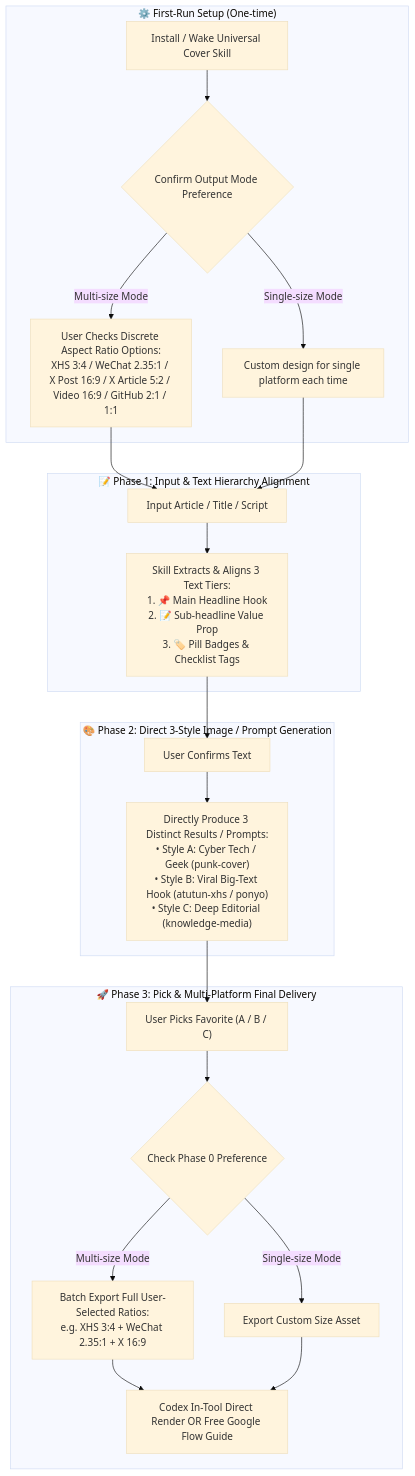
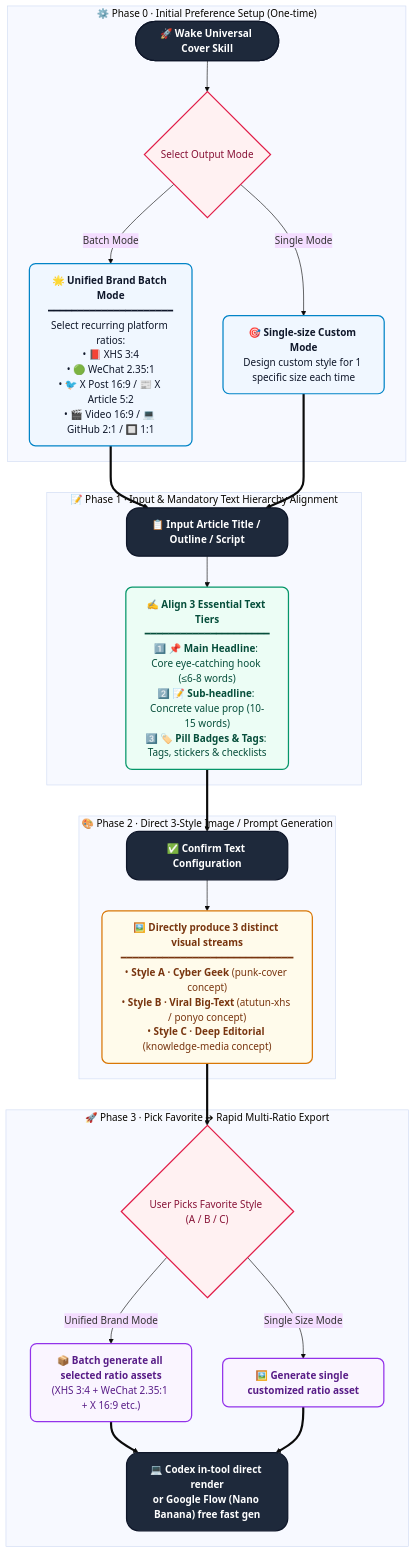
One commit to kaomei/cover-studio changed the first of 2 diagrams in README.en.md. Above: the diagram before and after it, drawn with Mermaid (base theme). The commit also changed other lines of this file and 7 other files, not shown here.

Commit message:
style(docs): elevate Mermaid flowchart UI with modern SaaS color palettes, card boxes and glowing borders

````diff
--- a/README.en.md
+++ b/README.en.md
@@ -41,29 +41,48 @@
 ```mermaid
 flowchart TD
-    subgraph S0["⚙️ First-Run Setup (One-time)"]
-        A0["Install / Wake Universal Cover Skill"] --> A1{"Confirm Output Mode Preference"}
-        A1 -->|"Multi-size Mode"| A2["User Checks Discrete Aspect Ratio Options:<br/>XHS 3:4 / WeChat 2.35:1 / X Post 16:9 / X Article 5:2 / Video 16:9 / GitHub 2:1 / 1:1"]
-        A1 -->|"Single-size Mode"| A3["Custom design for single platform each time"]
+    classDef setupBox fill:#f0f7ff,stroke:#0284c7,stroke-width:2px,color:#0f172a,rx:10px,ry:10px;
+    classDef textBox fill:#ecfdf5,stroke:#059669,stroke-width:2px,color:#064e3b,rx:10px,ry:10px;
+    classDef genBox fill:#fffbeb,stroke:#d97706,stroke-width:2px,color:#78350f,rx:10px,ry:10px;
+    classDef deliverBox fill:#faf5ff,stroke:#9333ea,stroke-width:2px,color:#581c87,rx:10px,ry:10px;
+    classDef decision fill:#fff1f2,stroke:#e11d48,stroke-width:2px,color:#881337,rx:6px,ry:6px;
+    classDef action fill:#1e293b,stroke:#0f172a,stroke-width:2px,color:#ffffff,font-weight:bold,rx:20px,ry:20px;
+
+    subgraph S0 ["⚙️ Phase 0 · Initial Preference Setup (One-time)"]
+        A0(["🚀 Wake Universal Cover Skill"]):::action
+        A1{"Select Output Mode"}:::decision
+        A2["🌟 <b>Unified Brand Batch Mode</b><br/>━━━━━━━━━━━━━━━━━━━━━<br/>Select recurring platform ratios:<br/>• 📕 XHS 3:4<br/>• 🟢 WeChat 2.35:1<br/>• 🐦 X Post 16:9 / 📰 X Article 5:2<br/>• 🎬 Video 16:9 / 💻 GitHub 2:1 / 🔲 1:1"]:::setupBox
+        A3["🎯 <b>Single-size Custom Mode</b><br/>Design custom style for 1 specific size each time"]:::setupBox
+        A0 --> A1
+        A1 -->|"Batch Mode"| A2
+        A1 -->|"Single Mode"| A3
     end
 
-    subgraph S1["📝 Phase 1: Input & Text Hierarchy Alignment"]
-        B0["Input Article / Title / Script"] --> B1["Skill Extracts & Aligns 3 Text Tiers:<br/>1. 📌 Main Headline Hook<br/>2. 📝 Sub-headline Value Prop<br/>3. 🏷️ Pill Badges & Checklist Tags"]
+    subgraph S1 ["📝 Phase 1 · Input & Mandatory Text Hierarchy Alignment"]
+        B0["📋 Input Article Title / Outline / Script"]:::action
+        B1["✍️ <b>Align 3 Essential Text Tiers</b><br/>━━━━━━━━━━━━━━━━━━━━━<br/>1️⃣ 📌 <b>Main Headline</b>: Core eye-catching hook (≤6-8 words)<br/>2️⃣ 📝 <b>Sub-headline</b>: Concrete value prop (10-15 words)<br/>3️⃣ 🏷️ <b>Pill Badges & Tags</b>: Tags, stickers & checklists"]:::textBox
+        B0 --> B1
     end
 
-    subgraph S2["🎨 Phase 2: Direct 3-Style Image / Prompt Generation"]
-        C0["User Confirms Text"] --> C1["Directly Produce 3 Distinct Results / Prompts:<br/>• Style A: Cyber Tech / Geek (punk-cover)<br/>• Style B: Viral Big-Text Hook (atutun-xhs / ponyo)<br/>• Style C: Deep Editorial (knowledge-media)"]
+    subgraph S2 ["🎨 Phase 2 · Direct 3-Style Image / Prompt Generation"]
+        C0["✅ Confirm Text Configuration"]:::action
+        C1["🖼️ <b>Directly produce 3 distinct visual streams</b><br/>━━━━━━━━━━━━━━━━━━━━━━━━━━━━━<br/>• <b>Style A · Cyber Geek</b> (punk-cover concept)<br/>• <b>Style B · Viral Big-Text</b> (atutun-xhs / ponyo concept)<br/>• <b>Style C · Deep Editorial</b> (knowledge-media concept)"]:::genBox
+        C0 --> C1
     end
 
-    subgraph S3["🚀 Phase 3: Pick & Multi-Platform Final Delivery"]
-        D0["User Picks Favorite (A / B / C)"] --> D1{"Check Phase 0 Preference"}
-        D1 -->|"Multi-size Mode"| D2["Batch Export Full User-Selected Ratios:<br/>e.g. XHS 3:4 + WeChat 2.35:1 + X 16:9"]
-        D1 -->|"Single-size Mode"| D3["Export Custom Size Asset"]
-        D2 --> D4["Codex In-Tool Direct Render OR Free Google Flow Guide"]
-        D3 --> D4
+    subgraph S3 ["🚀 Phase 3 · Pick Favorite ➔ Rapid Multi-Ratio Export"]
+        D0{"User Picks Favorite Style (A / B / C)"}:::decision
+        D1["📦 <b>Batch generate all selected ratio assets</b><br/>(XHS 3:4 + WeChat 2.35:1 + X 16:9 etc.)"]:::deliverBox
+        D2["🖼️ <b>Generate single customized ratio asset</b>"]:::deliverBox
+        D3["💻 <b>Codex in-tool direct render</b><br/>or <b>Google Flow (Nano Banana) free fast gen</b>"]:::action
+
+        D0 -->|"Unified Brand Mode"| D1
+        D0 -->|"Single Size Mode"| D2
+        D1 ==> D3
+        D2 ==> D3
     end
 
-    A2 --> B0
-    A3 --> B0
-    B1 --> C0
-    C1 --> D0
+    A2 ==> B0
+    A3 ==> B0
+    B1 ==> C0
+    C1 ==> D0
 ```
````
